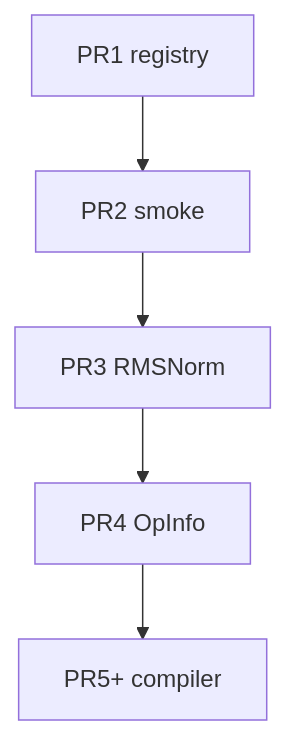
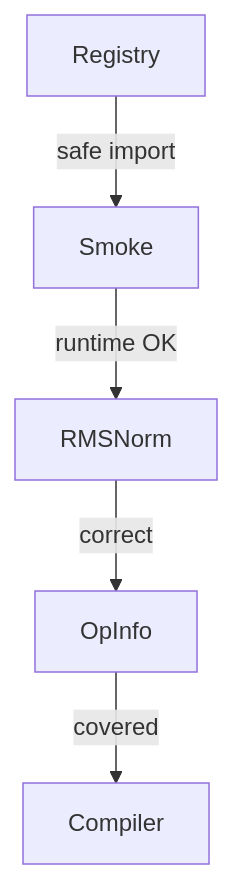
The fifth of 5 diagrams in docs/pytorch_integration_rfc.md (XiaobingSuper/FlyDSL), drawn with Mermaid before and after one commit. The commit also changed other lines of this file and 1 other file, not shown here.

````diff
--- a/docs/pytorch_integration_rfc.md
+++ b/docs/pytorch_integration_rfc.md
@@ -348,7 +392,7 @@
 ```mermaid
 flowchart TB
-    A["PR1 registry"] --> B["PR2 smoke"]
-    B --> C["PR3 RMSNorm"]
-    C --> D["PR4 OpInfo"]
-    D --> E["PR5+ compiler"]
+    A["Registry"] -->|safe import| B["Smoke"]
+    B -->|runtime OK| C["RMSNorm"]
+    C -->|correct| D["OpInfo"]
+    D -->|covered| E["Compiler"]
 ```
````
